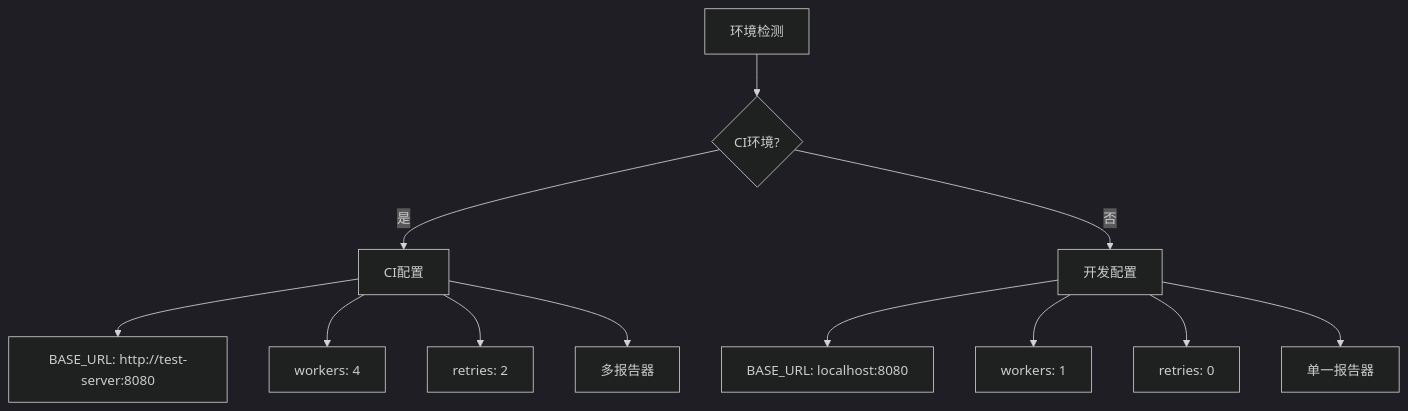
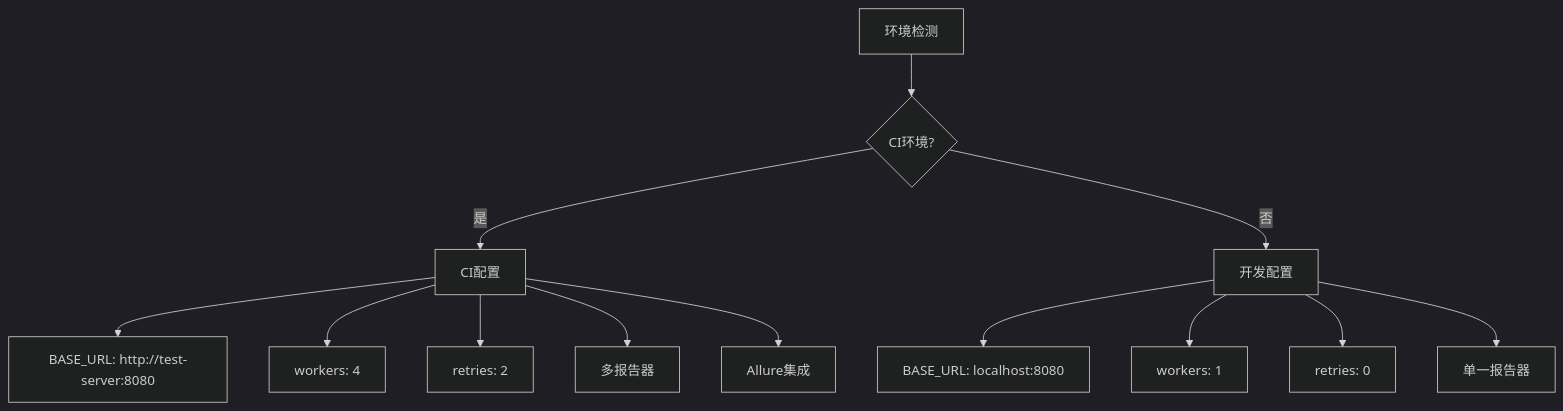
Before and after one commit to zzgoviziwind/--playwright: the fifth of 16 diagrams in .qoder/repowiki/zh/content/测试框架配置/Playwright配置详解.md, drawn with Mermaid (dark theme). The commit also changed other lines of this file and 112 other files, not shown here.

````diff
--- a/.qoder/repowiki/zh/content/测试框架配置/Playwright配置详解.md
+++ b/.qoder/repowiki/zh/content/测试框架配置/Playwright配置详解.md
@@ -217,14 +232,15 @@
 ```mermaid
 flowchart TD
 Env[环境检测] --> CI{CI环境?}
 CI --> |是| CIConfig[CI配置]
 CI --> |否| DevConfig[开发配置]
 CIConfig --> BaseURL[BASE_URL: http://test-server:8080]
 CIConfig --> Workers[workers: 4]
 CIConfig --> Retries[retries: 2]
-CIConfig --> Reporters[多报告器]
+CIConfig --> MultiReporters[多报告器]
+CIConfig --> AllureIntegration[Allure集成]
 DevConfig --> LocalURL[BASE_URL: localhost:8080]
 DevConfig --> LocalWorkers[workers: 1]
 DevConfig --> NoRetries[retries: 0]
 DevConfig --> SingleReporter[单一报告器]
 ```
````
